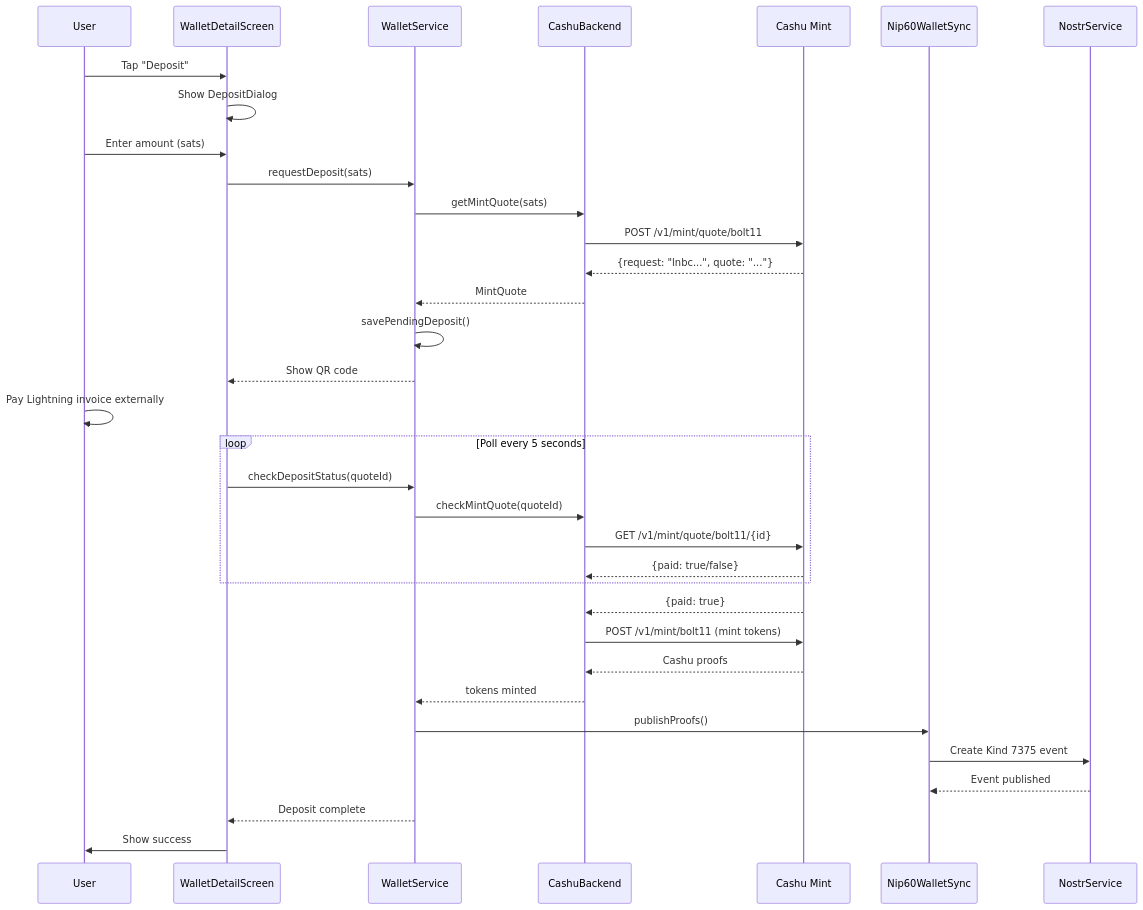
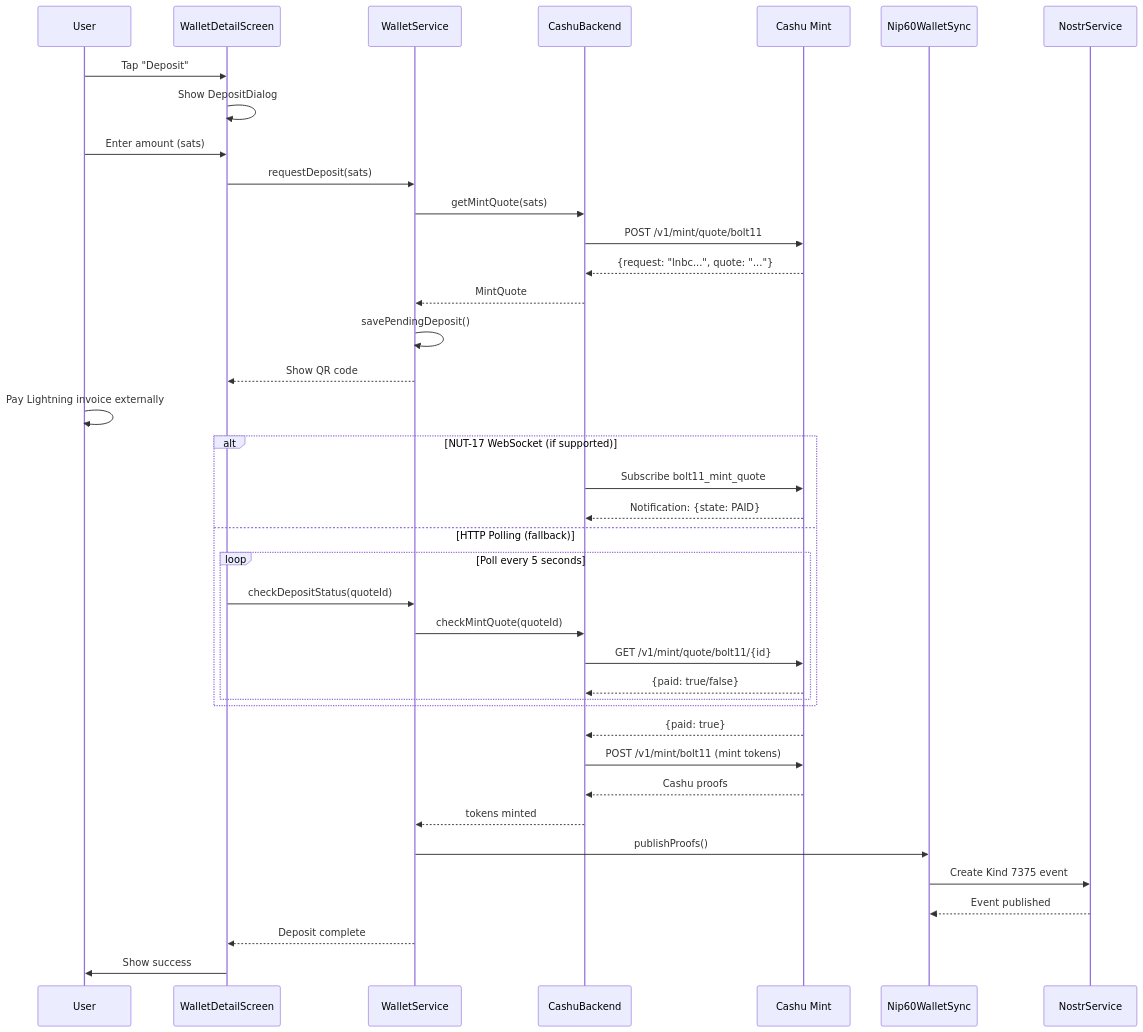
One commit to variablefate/ridestr changed the second of 6 diagrams in docs/CONNECTIONS.md. Above: the diagram before and after it, drawn with Mermaid. The commit also changed other lines of this file and 1 other file, not shown here.

Commit message:
Update documentation for NUT-17 WebSocket implementation

````diff
--- a/docs/CONNECTIONS.md
+++ b/docs/CONNECTIONS.md
@@ -76,40 +76,45 @@
 ```mermaid
 sequenceDiagram
     participant U as User
     participant WDS as WalletDetailScreen
     participant WS as WalletService
     participant CB as CashuBackend
     participant M as Cashu Mint
     participant N60 as Nip60WalletSync
     participant NS as NostrService
 
     U->>WDS: Tap "Deposit"
     WDS->>WDS: Show DepositDialog
     U->>WDS: Enter amount (sats)
     WDS->>WS: requestDeposit(sats)
     WS->>CB: getMintQuote(sats)
     CB->>M: POST /v1/mint/quote/bolt11
     M-->>CB: {request: "lnbc...", quote: "..."}
     CB-->>WS: MintQuote
     WS->>WS: savePendingDeposit()
     WS-->>WDS: Show QR code
 
     U->>U: Pay Lightning invoice externally
 
-    loop Poll every 5 seconds
-        WDS->>WS: checkDepositStatus(quoteId)
-        WS->>CB: checkMintQuote(quoteId)
-        CB->>M: GET /v1/mint/quote/bolt11/{id}
-        M-->>CB: {paid: true/false}
+    alt NUT-17 WebSocket (if supported)
+        CB->>M: Subscribe bolt11_mint_quote
+        M-->>CB: Notification: {state: PAID}
+    else HTTP Polling (fallback)
+        loop Poll every 5 seconds
+            WDS->>WS: checkDepositStatus(quoteId)
+            WS->>CB: checkMintQuote(quoteId)
+            CB->>M: GET /v1/mint/quote/bolt11/{id}
+            M-->>CB: {paid: true/false}
+        end
     end
 
     M-->>CB: {paid: true}
     CB->>M: POST /v1/mint/bolt11 (mint tokens)
     M-->>CB: Cashu proofs
     CB-->>WS: tokens minted
     WS->>N60: publishProofs()
     N60->>NS: Create Kind 7375 event
     NS-->>N60: Event published
     WS-->>WDS: Deposit complete
     WDS->>U: Show success
 ```
````
